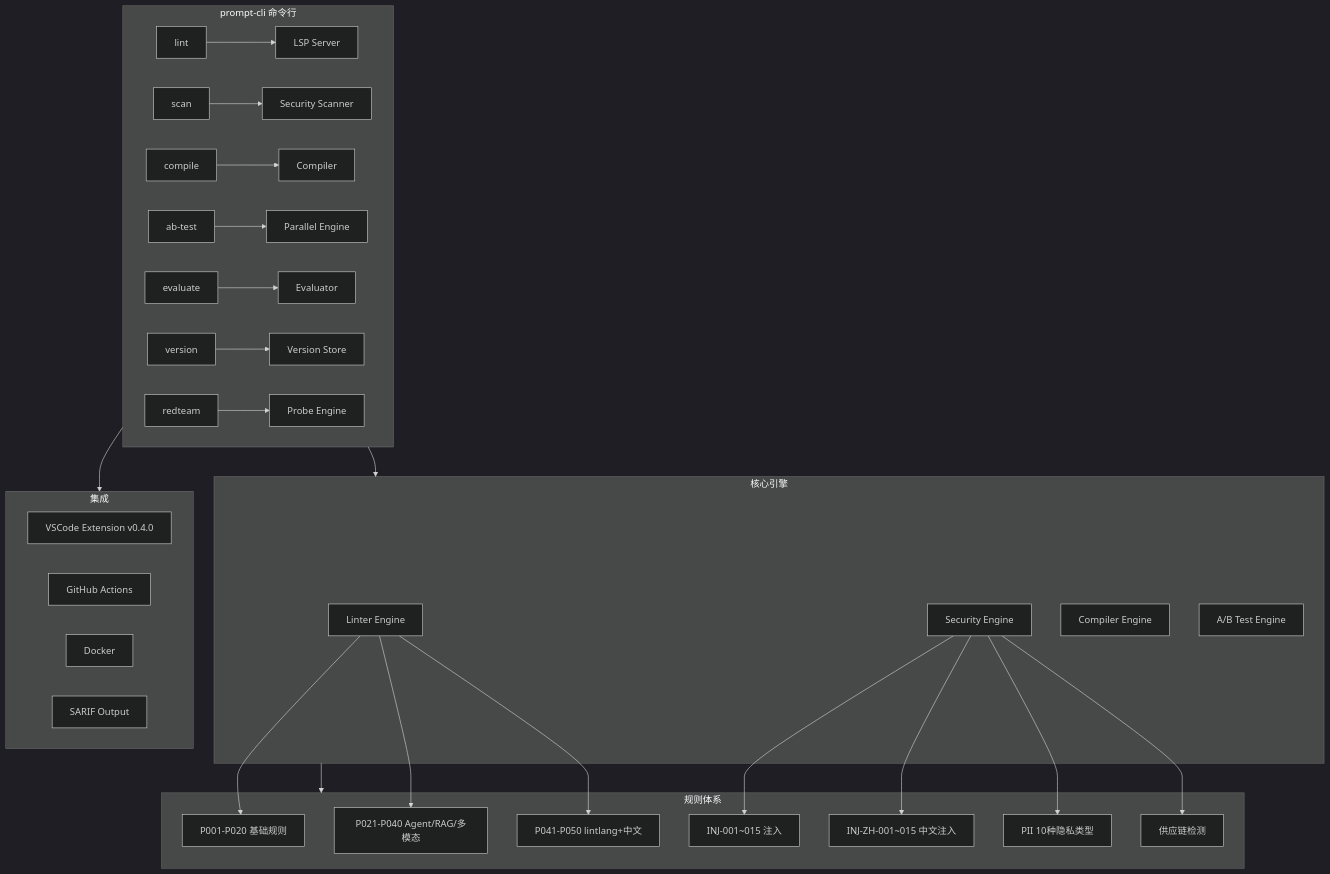
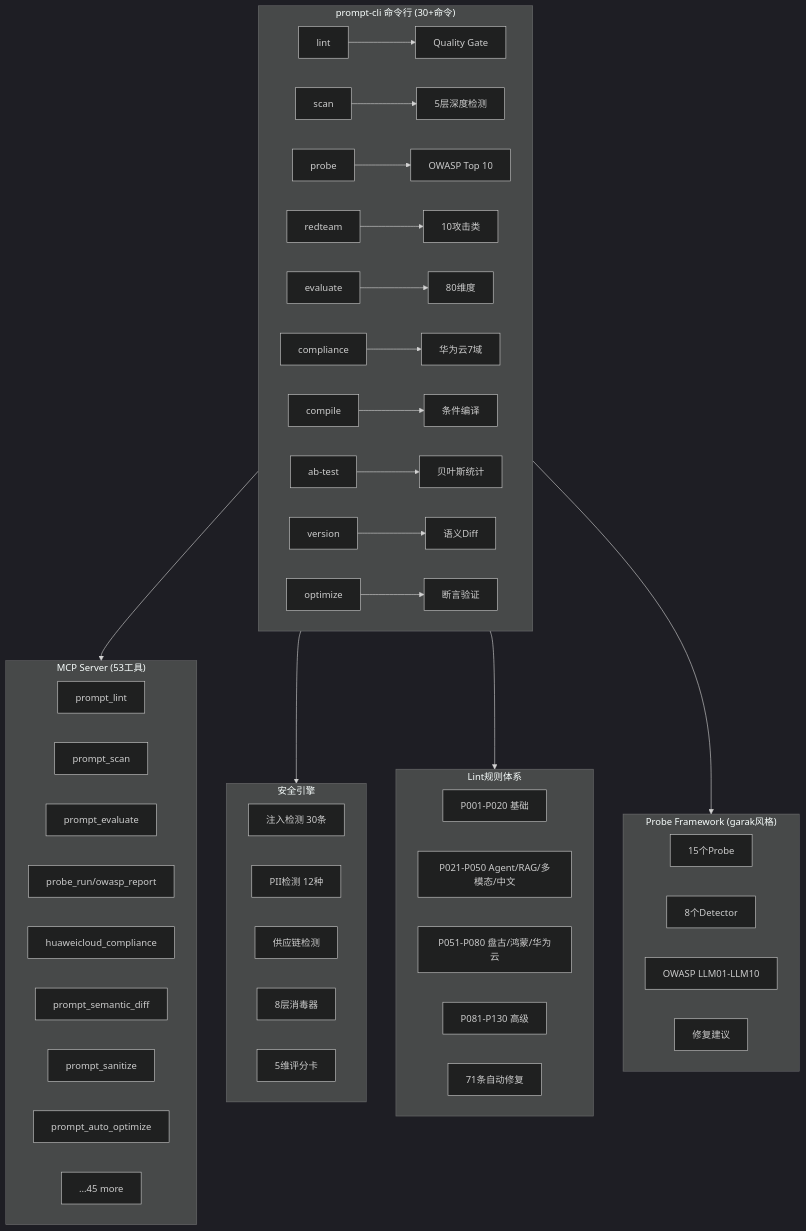
The second of 2 diagrams in README.md (wqbcs/ai-prompt-toolkit), drawn with Mermaid (dark theme) before and after one commit. The commit also changed other lines of this file and 8 other files, not shown here.

````diff
--- a/README.md
+++ b/README.md
@@ -158,42 +244,55 @@
 ```mermaid
 graph TB
-    subgraph CLI["prompt-cli 命令行"]
-        LINT[lint] --> LSP[LSP Server]
-        SCAN[scan] --> SEC[Security Scanner]
-        COMPILE[compile] --> CMP[Compiler]
-        AB[ab-test] --> ENG[Parallel Engine]
-        EVAL[evaluate] --> EVL[Evaluator]
-        VER[version] --> VS[Version Store]
-        REDTEAM[redteam] --> PROBE[Probe Engine]
+    subgraph CLI["prompt-cli 命令行 (30+命令)"]
+        LINT[lint] --> GATE[Quality Gate]
+        SCAN[scan] --> DEPTH[5层深度检测]
+        PROBE[probe] --> OWASP[OWASP Top 10]
+        REDTEAM[redteam] --> ATTACK[10攻击类]
+        EVAL[evaluate] --> DIMS[80维度]
+        COMPLIANCE[compliance] --> HC[华为云7域]
+        COMPILE[compile] --> CMP[条件编译]
+        AB[ab-test] --> BAYES[贝叶斯统计]
+        VERSION[version] --> SDIFF[语义Diff]
+        OPTIMIZE[optimize] --> ASSERT[断言验证]
     end
 
-    subgraph CORE["核心引擎"]
-        LINT_ENGINE[Linter Engine]
-        SEC_ENGINE[Security Engine]
-        COMPILER_ENGINE[Compiler Engine]
-        AB_ENGINE[A/B Test Engine]
+    subgraph MCP["MCP Server (53工具)"]
+        MCP_LINT[prompt_lint]
+        MCP_SCAN[prompt_scan]
+        MCP_EVAL[prompt_evaluate]
+        MCP_PROBE[probe_run/owasp_report]
+        MCP_COMPLIANCE[huaweicloud_compliance]
+        MCP_DIFF[prompt_semantic_diff]
+        MCP_SANITIZE[prompt_sanitize]
+        MCP_OPTIMIZE[prompt_auto_optimize]
+        MCP_MORE[...45 more]
     end
 
-    subgraph RULES["规则体系"]
-        P001_P020[P001-P020 基础规则]
-        P021_P040[P021-P040 Agent/RAG/多模态]
-        P041_P050[P041-P050 lintlang+中文]
-        INJ[INJ-001~015 注入]
-        INJ_ZH[INJ-ZH-001~015 中文注入]
-        PII[PII 10种隐私类型]
-        SC[供应链检测]
+    subgraph SECURITY["安全引擎"]
+        INJ[注入检测 30条]
+        PII[PII检测 12种]
+        SUPPLY[供应链检测]
+        SANITIZE[8层消毒器]
+        SCORECARD[5维评分卡]
     end
 
-    subgraph INTEGRATION["集成"]
-        VSCODE[VSCode Extension v0.4.0]
-        GHA[GitHub Actions]
-        DOCKER[Docker]
-        SARIF[SARIF Output]
+    subgraph RULES["Lint规则体系"]
+        R1[P001-P020 基础]
+        R2[P021-P050 Agent/RAG/多模态/中文]
+        R3[P051-P080 盘古/鸿蒙/华为云]
+        R4[P081-P130 高级]
+        FIXER[71条自动修复]
     end
 
-    CLI --> CORE
-    CORE --> RULES
-    CLI --> INTEGRATION
-    LINT_ENGINE --> P001_P020 & P021_P040 & P041_P050
-    SEC_ENGINE --> INJ & INJ_ZH & PII & SC
+    subgraph PROBES["Probe Framework (garak风格)"]
+        P_15[15个Probe]
+        D_8[8个Detector]
+        OWASP_MAP[OWASP LLM01-LLM10]
+        REMEDIATION[修复建议]
+    end
+
+    CLI --> MCP
+    CLI --> SECURITY
+    CLI --> RULES
+    CLI --> PROBES
 ```
````
